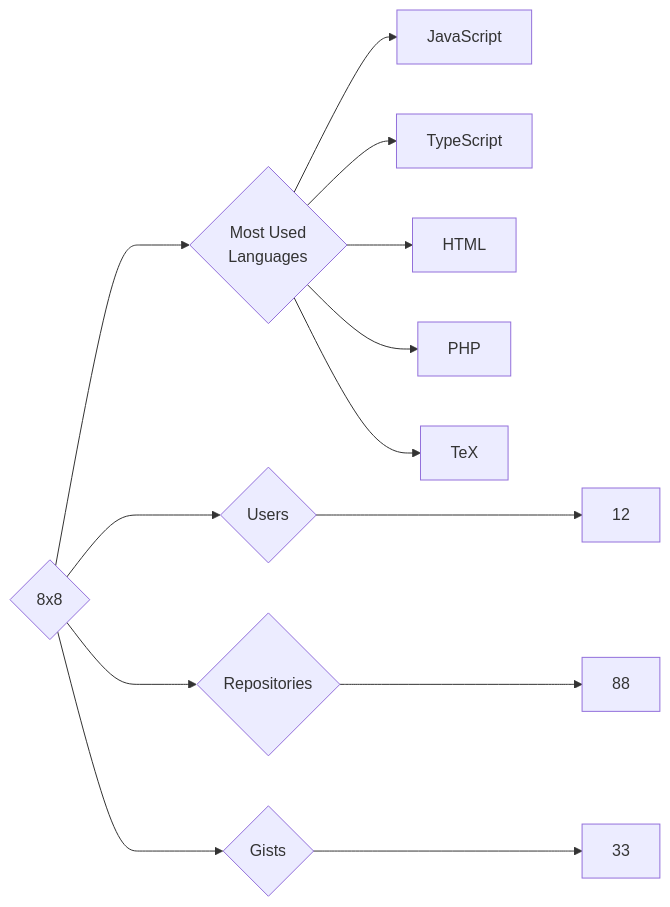
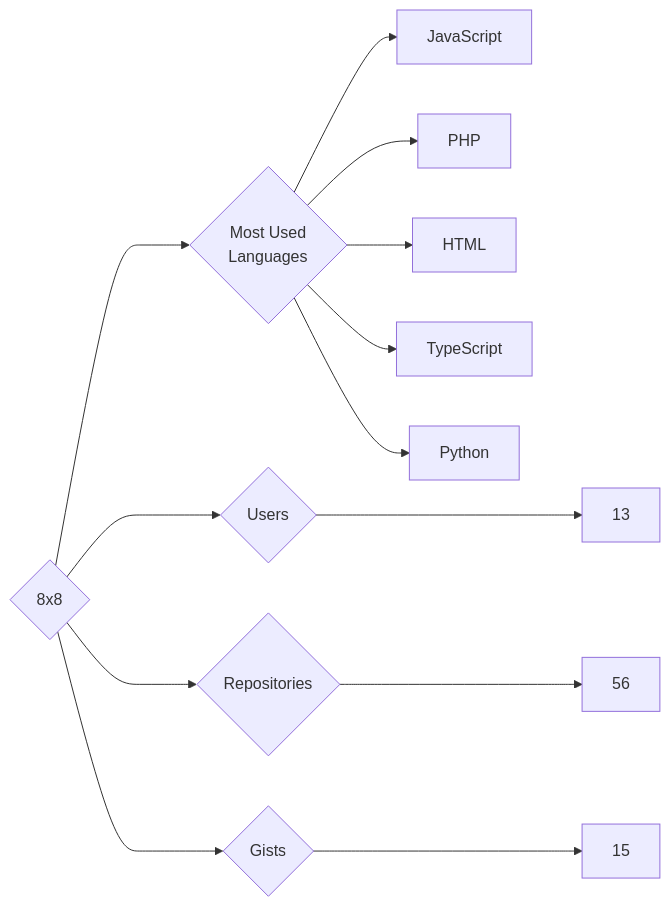
Before and after one commit to trickest/insiders: the diagram in targets/8x8/README.md, drawn with Mermaid. The commit also changed 1055 other files, not shown here.

````diff
--- a/targets/8x8/README.md
+++ b/targets/8x8/README.md
@@ -3,13 +3,13 @@
 ```mermaid
 graph LR
 COMPANY_NAME{8x8}
-COMPANY_NAME ---> U{Users} ---> UN[12]
-COMPANY_NAME ---> R{Repositories} ---> RN[88]
-COMPANY_NAME ---> G{Gists} ---> GN[33]
+COMPANY_NAME ---> U{Users} ---> UN[13]
+COMPANY_NAME ---> R{Repositories} ---> RN[56]
+COMPANY_NAME ---> G{Gists} ---> GN[15]
 COMPANY_NAME ---> ML{Most Used<br>Languages}
 ML --> JavaScript[JavaScript]
+ML --> PHP[PHP]
+ML --> HTML[HTML]
 ML --> TypeScript[TypeScript]
-ML --> HTML[HTML]
-ML --> PHP[PHP]
-ML --> TeX[TeX]
+ML --> Python[Python]
 ```
````
